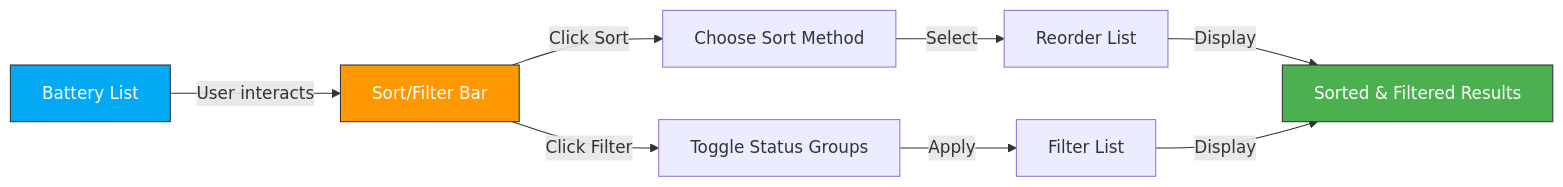
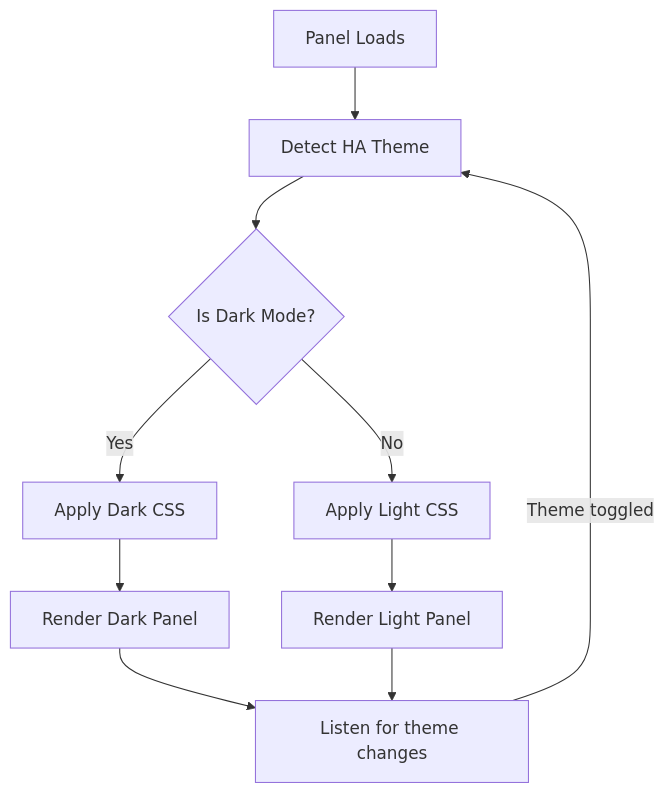
The third of 3 diagrams in design/product-design-brief.md (declanshanaghy/vulcan-brownout), drawn with Mermaid before and after one commit. The commit also changed other lines of this file and 19 other files, not shown here.

````diff
--- a/design/product-design-brief.md
+++ b/design/product-design-brief.md
@@ -122,14 +435,12 @@
 ```mermaid
-graph LR
-    A["Battery List"] -->|User interacts| B["Sort/Filter Bar"]
-    B -->|Click Sort| C["Choose Sort Method"]
-    B -->|Click Filter| D["Toggle Status Groups"]
-    C -->|Select| E["Reorder List"]
-    D -->|Apply| F["Filter List"]
-    E -->|Display| G["Sorted & Filtered Results"]
-    F -->|Display| G
-
-    style A fill:#03A9F4,stroke:#333,color:#fff
-    style B fill:#FF9800,stroke:#333,color:#fff
-    style G fill:#4CAF50,stroke:#333,color:#fff
+graph TD
+    A["Panel Loads"] --> B["Detect HA Theme"]
+    B --> C{Is Dark Mode?}
+    C -->|Yes| D["Apply Dark CSS"]
+    C -->|No| E["Apply Light CSS"]
+    D --> F["Render Dark Panel"]
+    E --> G["Render Light Panel"]
+    F --> H["Listen for theme changes"]
+    G --> H
+    H -->|Theme toggled| B
 ```
````
